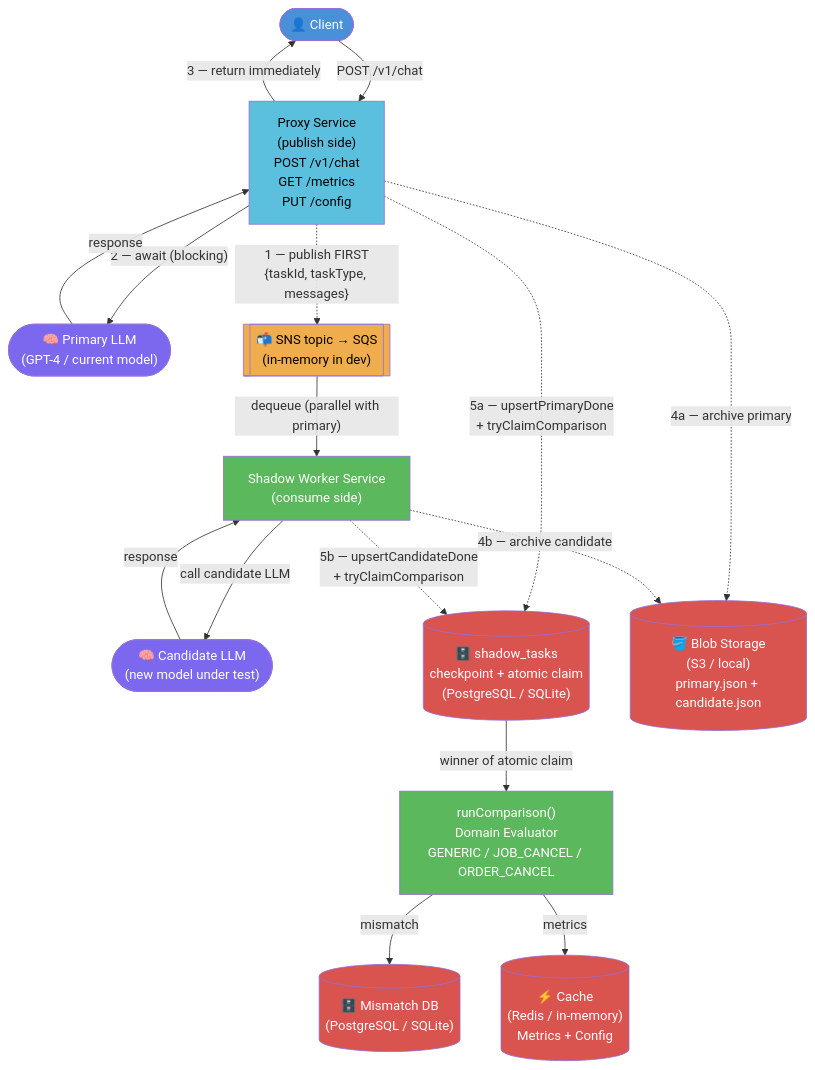
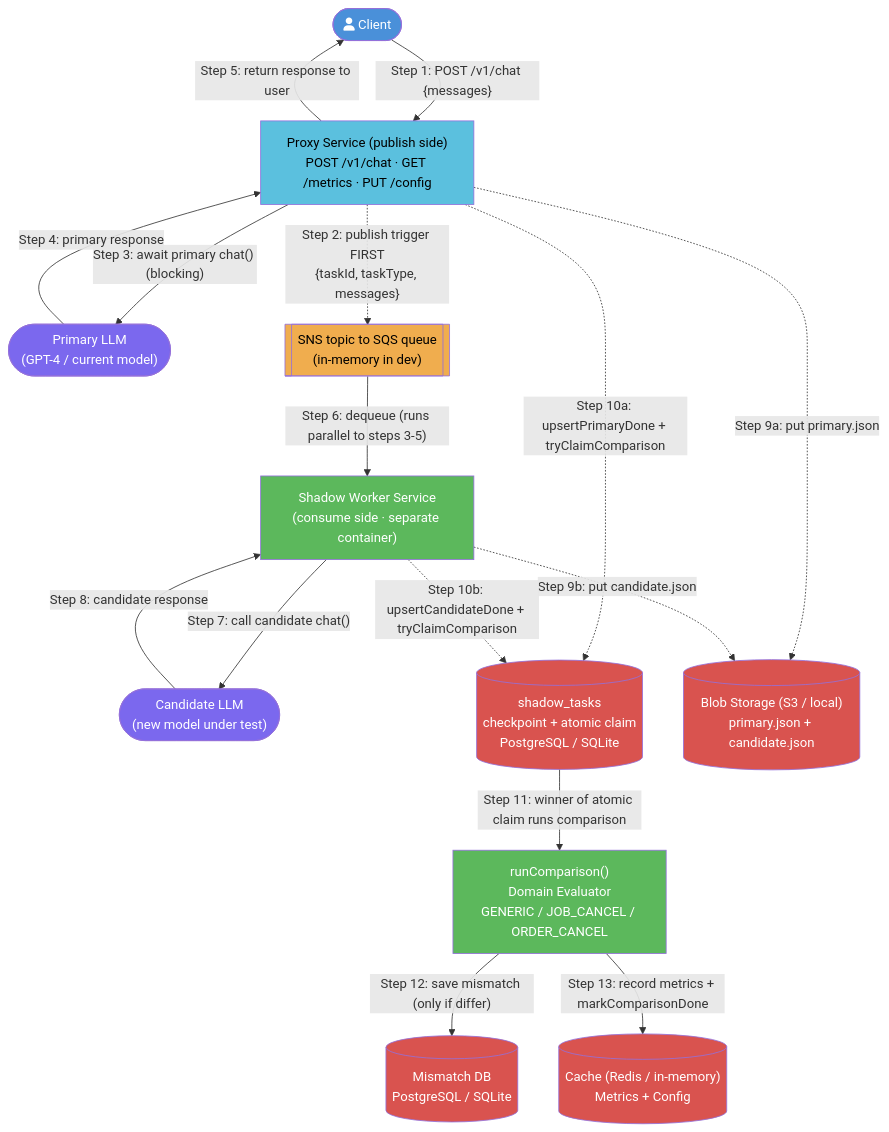
One commit to tastaslim/digitalOcean changed the first of 3 diagrams in README.md. Above: the diagram before and after it, drawn with Mermaid. The commit also changed other lines of this file, not shown here.

````diff
--- a/README.md
+++ b/README.md
@@ -21,45 +21,45 @@
 ```mermaid
 graph TD
-    Client(["👤 Client"])
-    Proxy["Proxy Service\n(publish side)\nPOST /v1/chat\nGET /metrics\nPUT /config"]
-    PrimaryLLM(["🧠 Primary LLM\n(GPT-4 / current model)"])
-    Queue[["📬 SNS topic → SQS\n(in-memory in dev)"]]
-    Worker["Shadow Worker Service\n(consume side)"]
-    CandidateLLM(["🧠 Candidate LLM\n(new model under test)"])
-    Checkpoint[("🗄️ shadow_tasks\ncheckpoint + atomic claim\n(PostgreSQL / SQLite)")]
-    Compare["runComparison()\nDomain Evaluator\nGENERIC / JOB_CANCEL / ORDER_CANCEL"]
-    DB[("🗄️ Mismatch DB\n(PostgreSQL / SQLite)")]
-    Cache[("⚡ Cache\n(Redis / in-memory)\nMetrics + Config")]
-    Storage[("🪣 Blob Storage\n(S3 / local)\nprimary.json + candidate.json")]
+    Client(["fa:fa-user Client"])
+    Proxy["Proxy Service (publish side)<br/>POST /v1/chat · GET /metrics · PUT /config"]
+    PrimaryLLM(["Primary LLM<br/>(GPT-4 / current model)"])
+    Queue[["SNS topic to SQS queue<br/>(in-memory in dev)"]]
+    Worker["Shadow Worker Service<br/>(consume side · separate container)"]
+    CandidateLLM(["Candidate LLM<br/>(new model under test)"])
+    Checkpoint[("shadow_tasks<br/>checkpoint + atomic claim<br/>PostgreSQL / SQLite")]
+    Compare["runComparison()<br/>Domain Evaluator<br/>GENERIC / JOB_CANCEL / ORDER_CANCEL"]
+    DB[("Mismatch DB<br/>PostgreSQL / SQLite")]
+    Cache[("Cache (Redis / in-memory)<br/>Metrics + Config")]
+    Storage[("Blob Storage (S3 / local)<br/>primary.json + candidate.json")]
 
-    Client -->|"POST /v1/chat"| Proxy
-    Proxy -.->|"1 — publish FIRST\n{taskId, taskType, messages}"| Queue
-    Proxy -->|"2 — await (blocking)"| PrimaryLLM
-    PrimaryLLM -->|"response"| Proxy
-    Proxy -->|"3 — return immediately"| Client
+    Client -->|"Step 1: POST /v1/chat {messages}"| Proxy
+    Proxy -.->|"Step 2: publish trigger FIRST<br/>{taskId, taskType, messages}"| Queue
+    Proxy -->|"Step 3: await primary chat() (blocking)"| PrimaryLLM
+    PrimaryLLM -->|"Step 4: primary response"| Proxy
+    Proxy -->|"Step 5: return response to user"| Client
 
-    Queue -->|"dequeue (parallel with primary)"| Worker
-    Worker -->|"call candidate LLM"| CandidateLLM
-    CandidateLLM -->|"response"| Worker
+    Queue -->|"Step 6: dequeue (runs parallel to steps 3-5)"| Worker
+    Worker -->|"Step 7: call candidate chat()"| CandidateLLM
+    CandidateLLM -->|"Step 8: candidate response"| Worker
 
-    Proxy -.->|"4a — archive primary"| Storage
-    Worker -.->|"4b — archive candidate"| Storage
-    Proxy -.->|"5a — upsertPrimaryDone\n+ tryClaimComparison"| Checkpoint
-    Worker -.->|"5b — upsertCandidateDone\n+ tryClaimComparison"| Checkpoint
+    Proxy -.->|"Step 9a: put primary.json"| Storage
+    Worker -.->|"Step 9b: put candidate.json"| Storage
+    Proxy -.->|"Step 10a: upsertPrimaryDone + tryClaimComparison"| Checkpoint
+    Worker -.->|"Step 10b: upsertCandidateDone + tryClaimComparison"| Checkpoint
 
-    Checkpoint -->|"winner of atomic claim"| Compare
-    Compare -->|"mismatch"| DB
-    Compare -->|"metrics"| Cache
+    Checkpoint -->|"Step 11: winner of atomic claim runs comparison"| Compare
+    Compare -->|"Step 12: save mismatch (only if differ)"| DB
+    Compare -->|"Step 13: record metrics + markComparisonDone"| Cache
 
     style Client fill:#4a90d9,color:#fff
     style PrimaryLLM fill:#7b68ee,color:#fff
     style CandidateLLM fill:#7b68ee,color:#fff
     style Queue fill:#f0ad4e,color:#000
     style Worker fill:#5cb85c,color:#fff
     style Proxy fill:#5bc0de,color:#000
     style Compare fill:#5cb85c,color:#fff
     style Checkpoint fill:#d9534f,color:#fff
     style DB fill:#d9534f,color:#fff
     style Cache fill:#d9534f,color:#fff
     style Storage fill:#d9534f,color:#fff
 ```
````
